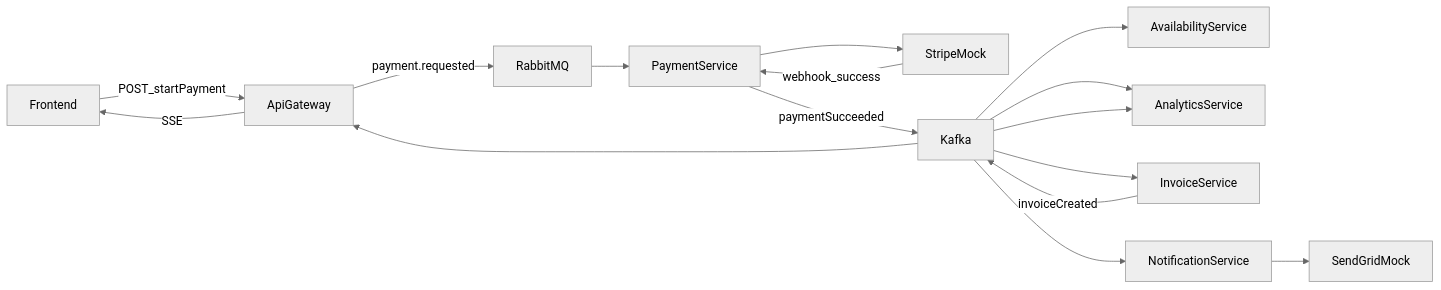
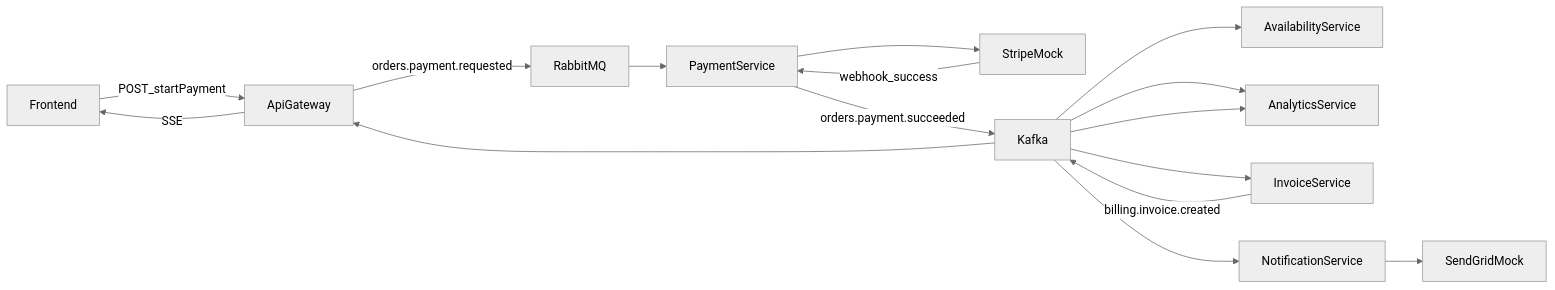
The diagram in .cursor/tutorial.md (carloswimmer/event-driven-architecture), drawn with Mermaid (neutral theme) before and after one commit. The commit also changed other lines of this file and 3 other files, not shown here.

````diff
--- a/.cursor/tutorial.md
+++ b/.cursor/tutorial.md
@@ -50,18 +50,18 @@
 ```mermaid
 flowchart LR
   Frontend -->|POST_startPayment| ApiGateway
   ApiGateway -->|SSE| Frontend
-  ApiGateway -->|payment.requested| RabbitMQ
+  ApiGateway -->|orders.payment.requested| RabbitMQ
   RabbitMQ --> PaymentService
   PaymentService --> StripeMock
   StripeMock -->|webhook_success| PaymentService
-  PaymentService -->|paymentSucceeded| Kafka
+  PaymentService -->|orders.payment.succeeded| Kafka
   Kafka --> ApiGateway
   Kafka --> AvailabilityService
   Kafka --> AnalyticsService
   Kafka --> InvoiceService
-  InvoiceService -->|invoiceCreated| Kafka
+  InvoiceService -->|billing.invoice.created| Kafka
   Kafka --> AnalyticsService
   Kafka --> NotificationService
   NotificationService --> SendGridMock
 ```
````
